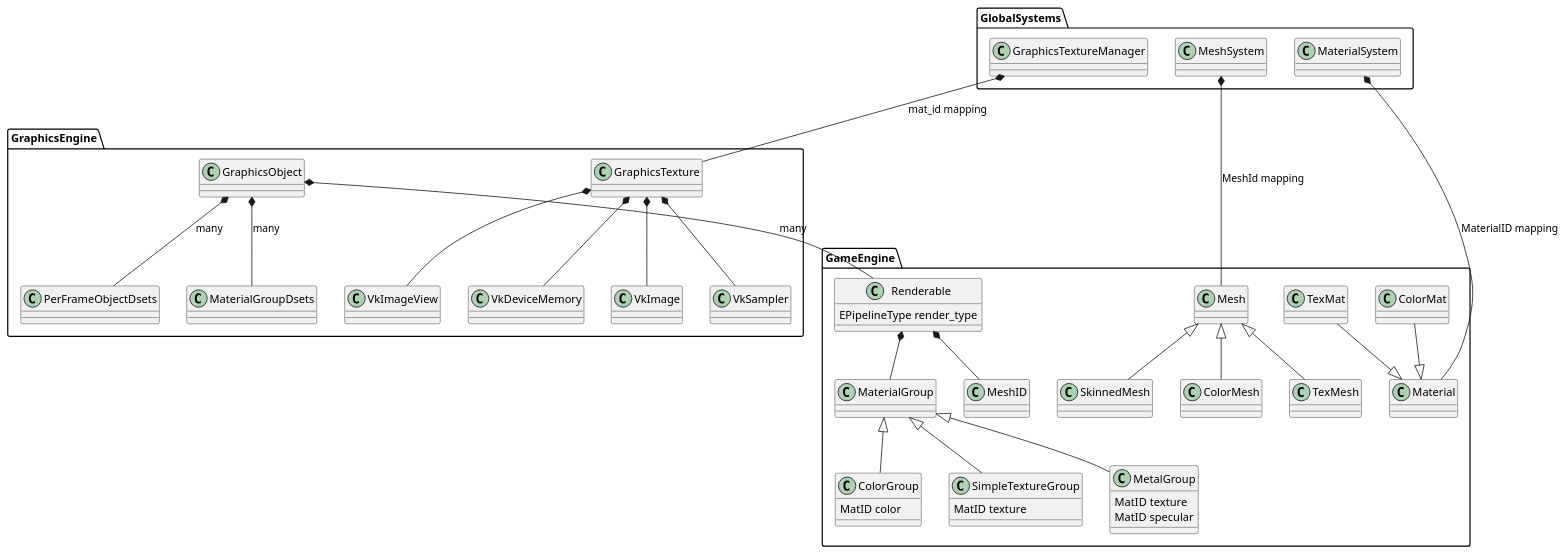
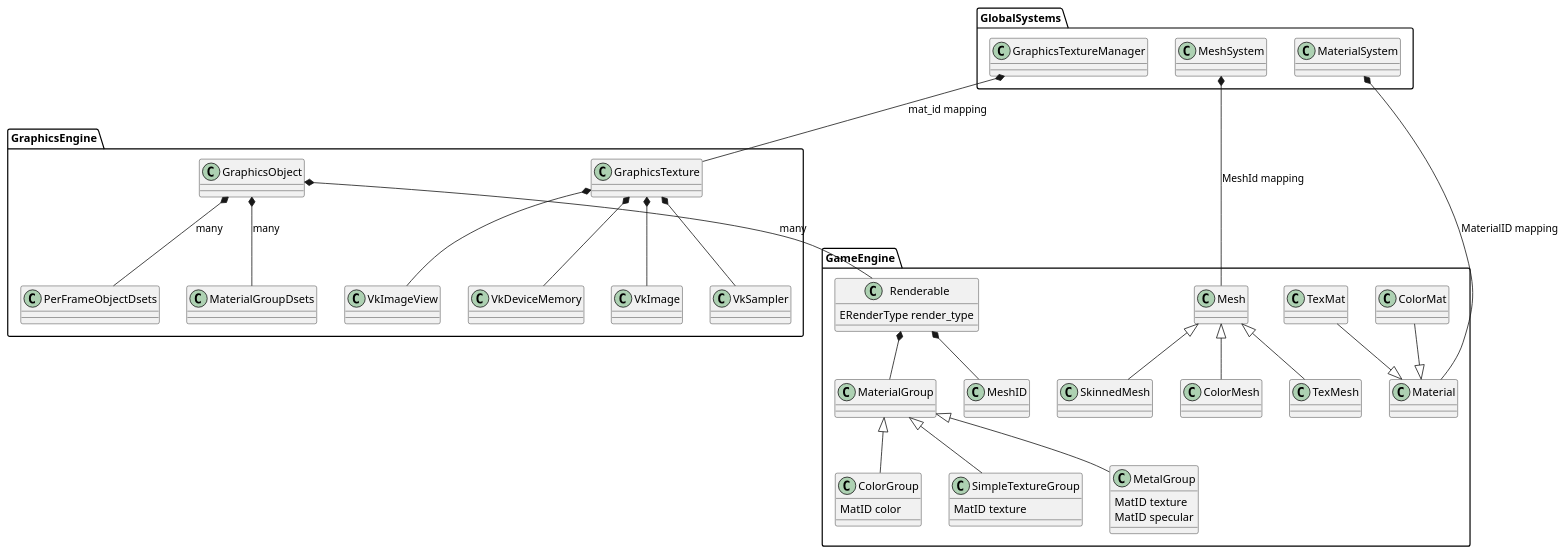
One commit to quitefrankli/krisp changed the diagram in src/renderable/design.plantuml. Above: the diagram before and after it, drawn with PlantUML. The commit also changed 24 other files, not shown here.

Commit message:
temporary wip part 7, rename EPipelineType -> ERenderType

```diff
--- a/src/renderable/design.plantuml
+++ b/src/renderable/design.plantuml
@@ -1,67 +1,67 @@
 @startuml renderable
 
 package GlobalSystems
 {
 	class GraphicsTextureManager
 	class MaterialSystem
 	class MeshSystem
 }
 
 package GameEngine
 {
 	class Material
 
 	ColorMat--|>Material
 	TexMat--|>Material
 
 	class ColorGroup
 	{
 		MatID color
 	}
 
 	class SimpleTextureGroup
 	{
 		MatID texture
 	}
 
 	class MetalGroup
 	{
 		MatID texture
 		MatID specular
 	}
 
 	MaterialGroup<|--ColorGroup
 	MaterialGroup<|--SimpleTextureGroup
 	MaterialGroup<|--MetalGroup
 
 	class Renderable
 	{
-		EPipelineType render_type
+		ERenderType render_type
 	}
 
 	Renderable*--MaterialGroup
 	Renderable*--MeshID
 
 	Mesh<|--ColorMesh
 	Mesh<|--TexMesh
 	Mesh<|--SkinnedMesh
 
 	MeshSystem *-- Mesh: MeshId mapping
 	MaterialSystem *-- Material: MaterialID mapping
 }
 
 package GraphicsEngine
 {
 	GraphicsTexture*--VkImage
 	GraphicsTexture*--VkSampler
 	GraphicsTexture*--VkImageView
 	GraphicsTexture*--VkDeviceMemory
 
 	GraphicsObject *-- Renderable: many
 	GraphicsObject *-- PerFrameObjectDsets: many
 	GraphicsObject *-- MaterialGroupDsets: many
 
 	GraphicsTextureManager *-- GraphicsTexture: mat_id mapping
 }
 
 @enduml
```
